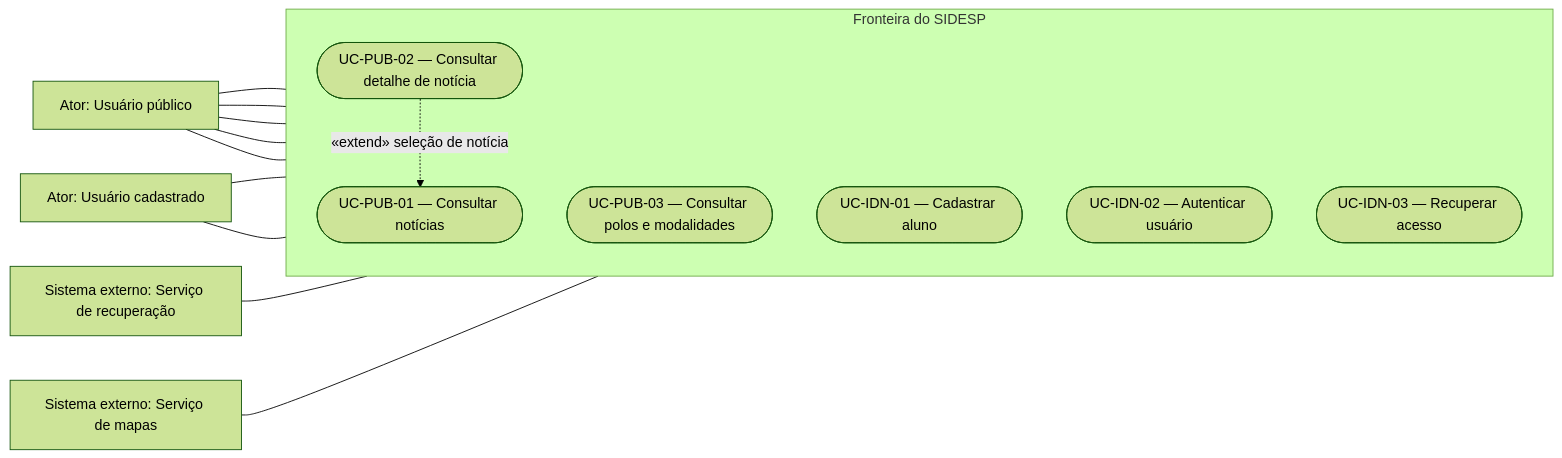
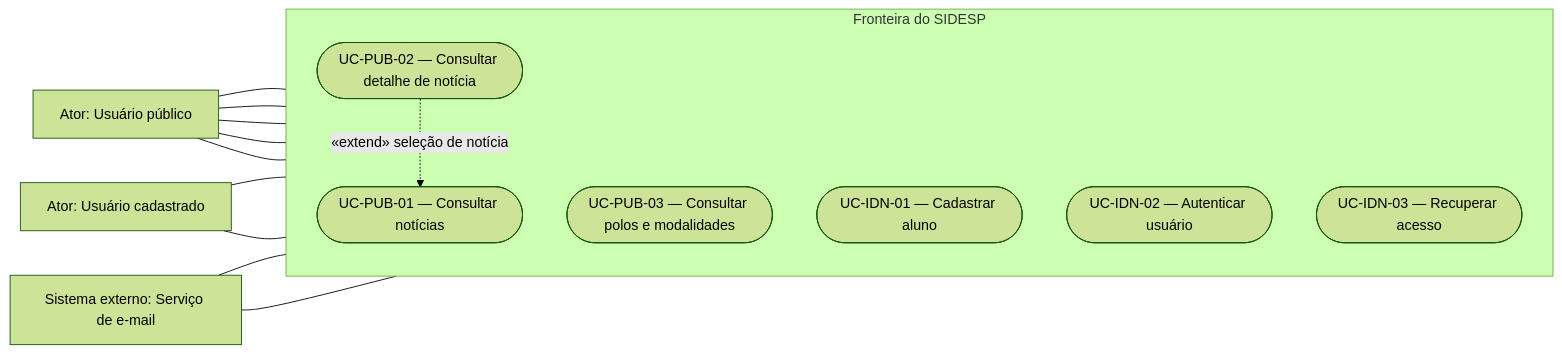
One commit to HeitorLeite/SIDESP changed the first of 6 diagrams in docs/CASOS_DE_USO.md. Above: the diagram before and after it, drawn with Mermaid (forest theme). The commit also changed other lines of this file and 3 other files, not shown here.

````diff
--- a/docs/CASOS_DE_USO.md
+++ b/docs/CASOS_DE_USO.md
@@ -80,28 +101,27 @@
 ```mermaid
 flowchart LR
     publico["Ator: Usuário público"]
     cadastrado["Ator: Usuário cadastrado"]
-    recuperacao["Sistema externo: Serviço de recuperação"]
-    mapas["Sistema externo: Serviço de mapas"]
+    email["Sistema externo: Serviço de e-mail"]
 
     subgraph sidesp["Fronteira do SIDESP"]
         direction TB
         pub01(["UC-PUB-01 — Consultar notícias"])
         pub02(["UC-PUB-02 — Consultar detalhe de notícia"])
         pub03(["UC-PUB-03 — Consultar polos e modalidades"])
         idn01(["UC-IDN-01 — Cadastrar aluno"])
         idn02(["UC-IDN-02 — Autenticar usuário"])
         idn03(["UC-IDN-03 — Recuperar acesso"])
     end
 
     publico --- pub01
     publico --- pub02
     publico --- pub03
     publico --- idn01
     publico --- idn02
     cadastrado --- idn02
     cadastrado --- idn03
     pub02 -. "«extend» seleção de notícia" .-> pub01
-    recuperacao --- idn03
-    mapas --- pub03
+    email --- idn01
+    email --- idn03
 ```
````
